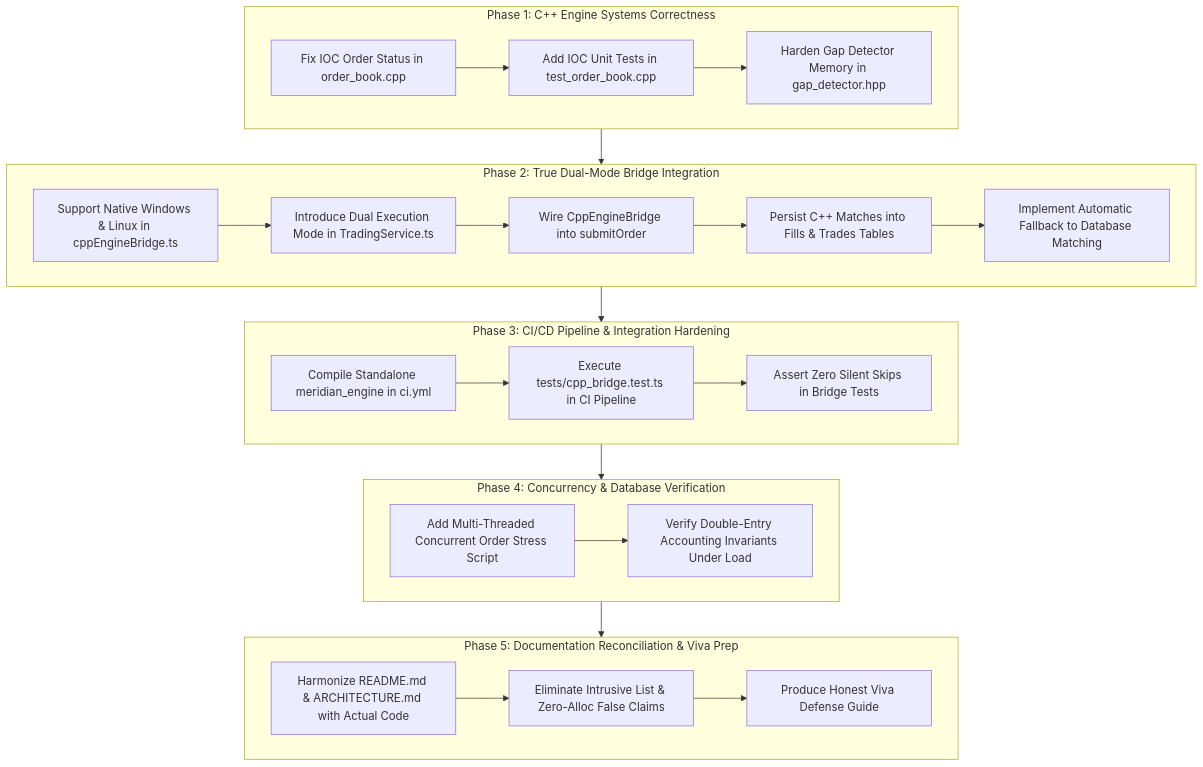
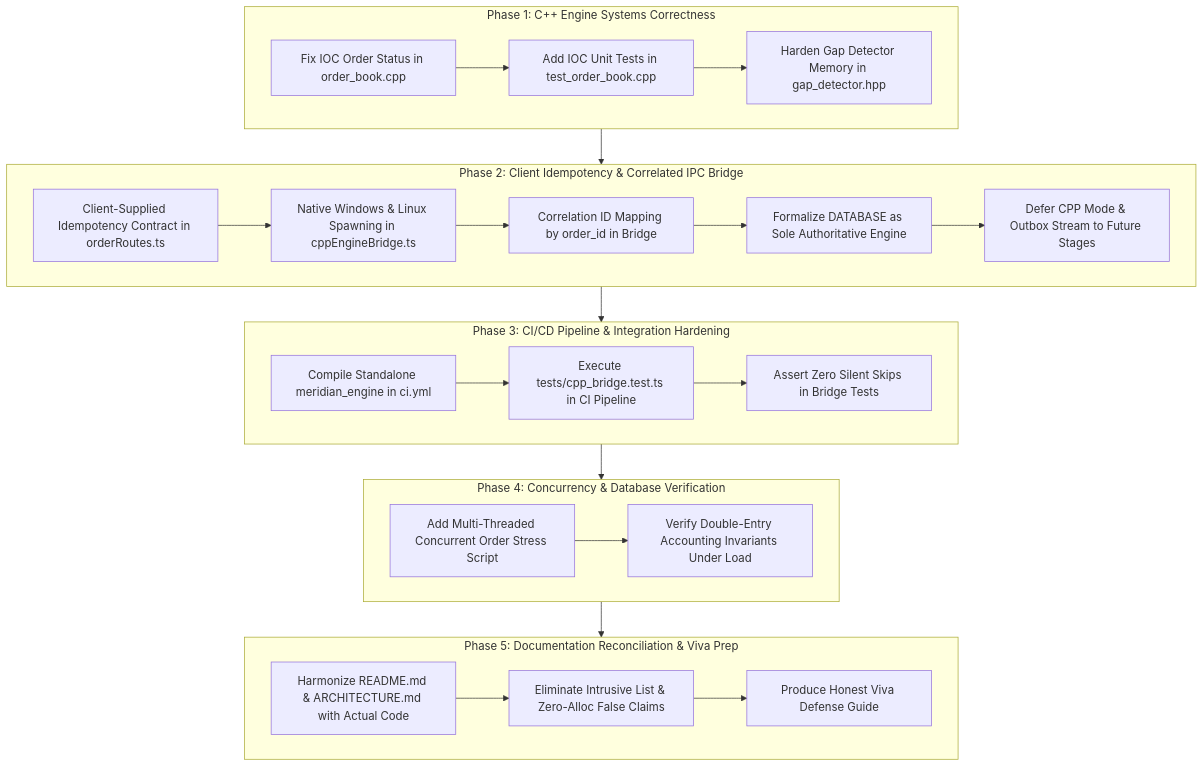
One commit to PrasannaMarihalkar/Meridian-Trading-Surveillance changed the diagram in docs/engineering/IMPLEMENTATION_PLAN.md. Above: the diagram before and after it, drawn with Mermaid. The commit also changed other lines of this file and 23 other files, not shown here.

Commit message:
feat(core): complete Stage 2 implementation - IOC lifecycle, client idempotency, bounded gap detector, and IPC bridge hardening

````diff
--- a/docs/engineering/IMPLEMENTATION_PLAN.md
+++ b/docs/engineering/IMPLEMENTATION_PLAN.md
@@ -27,33 +27,33 @@
 ```mermaid
 flowchart TD
     subgraph P1 ["Phase 1: C++ Engine Systems Correctness"]
         A1[Fix IOC Order Status in order_book.cpp] --> A2[Add IOC Unit Tests in test_order_book.cpp]
         A2 --> A3[Harden Gap Detector Memory in gap_detector.hpp]
     end
 
-    subgraph P2 ["Phase 2: True Dual-Mode Bridge Integration"]
-        B1[Support Native Windows & Linux in cppEngineBridge.ts] --> B2[Introduce Dual Execution Mode in TradingService.ts]
-        B2 --> B3[Wire CppEngineBridge into submitOrder]
-        B3 --> B4[Persist C++ Matches into Fills & Trades Tables]
-        B4 --> B5[Implement Automatic Fallback to Database Matching]
+    subgraph P2 ["Phase 2: Client Idempotency & Correlated IPC Bridge"]
+        B1[Client-Supplied Idempotency Contract in orderRoutes.ts] --> B2[Native Windows & Linux Spawning in cppEngineBridge.ts]
+        B2 --> B3[Correlation ID Mapping by order_id in Bridge]
+        B3 --> B4[Formalize DATABASE as Sole Authoritative Engine]
+        B4 --> B5[Defer CPP Mode & Outbox Stream to Future Stages]
     end
 
     subgraph P3 ["Phase 3: CI/CD Pipeline & Integration Hardening"]
         C1[Compile Standalone meridian_engine in ci.yml] --> C2[Execute tests/cpp_bridge.test.ts in CI Pipeline]
         C2 --> C3[Assert Zero Silent Skips in Bridge Tests]
     end
 
     subgraph P4 ["Phase 4: Concurrency & Database Verification"]
         D1[Add Multi-Threaded Concurrent Order Stress Script] --> D2[Verify Double-Entry Accounting Invariants Under Load]
     end
 
     subgraph P5 ["Phase 5: Documentation Reconciliation & Viva Prep"]
         E1[Harmonize README.md & ARCHITECTURE.md with Actual Code] --> E2[Eliminate Intrusive List & Zero-Alloc False Claims]
         E2 --> E3[Produce Honest Viva Defense Guide]
     end
 
     P1 --> P2
     P2 --> P3
     P3 --> P4
     P4 --> P5
 ```
````
